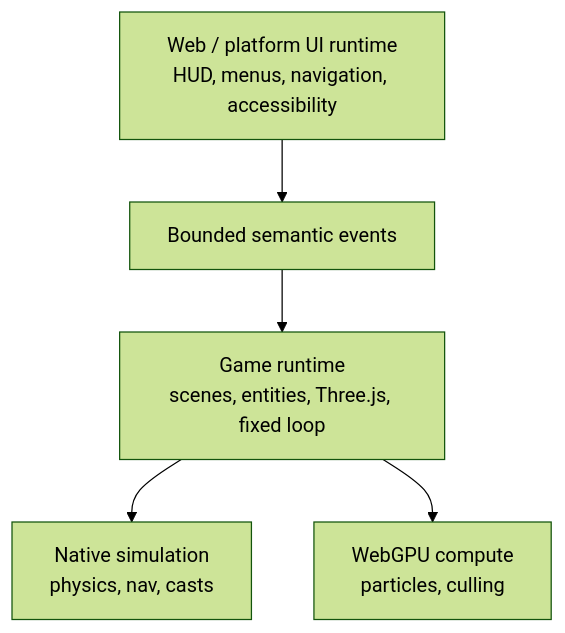
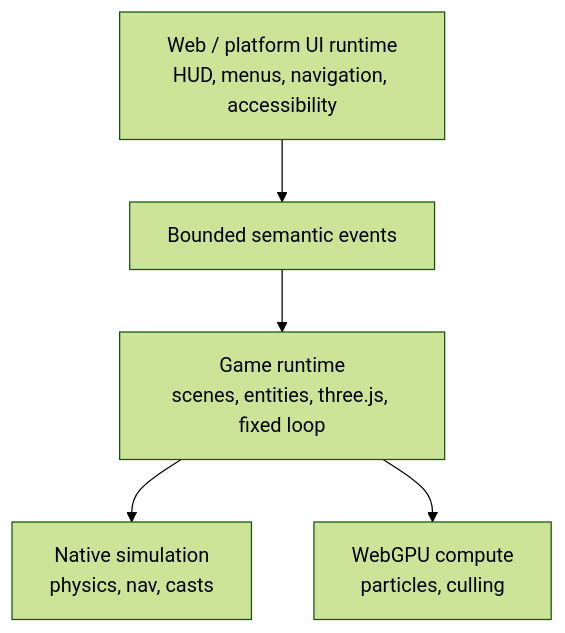
One commit to ThreeNativeHQ/threenative changed the second of 2 diagrams in docs/architecture/NATIVE-RUNTIME.md. Above: the diagram before and after it, drawn with Mermaid (forest theme). The commit also changed other lines of this file and 2 other files, not shown here.

First line of the commit message:
Refactor NATIVE-RENDER-TRANSPORT and NATIVE-RUNTIME documentation

````diff
--- a/docs/architecture/NATIVE-RUNTIME.md
+++ b/docs/architecture/NATIVE-RUNTIME.md
@@ -69,12 +68,12 @@
 ```mermaid
 flowchart TB
     ui["Web / platform UI runtime<br/>HUD, menus, navigation, accessibility"]
     events["Bounded semantic events"]
-    game["Game runtime<br/>scenes, entities, Three.js, fixed loop"]
+    game["Game runtime<br/>scenes, entities, three.js, fixed loop"]
     native["Native simulation<br/>physics, nav, casts"]
     gpu["WebGPU compute<br/>particles, culling"]
 
     ui --> events --> game
     game --> native
     game --> gpu
 ```
````
